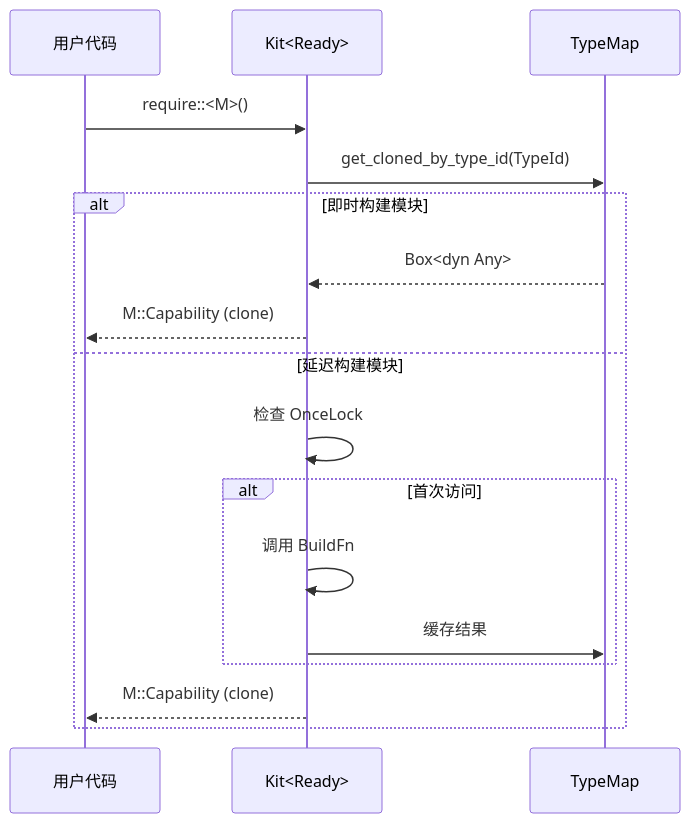
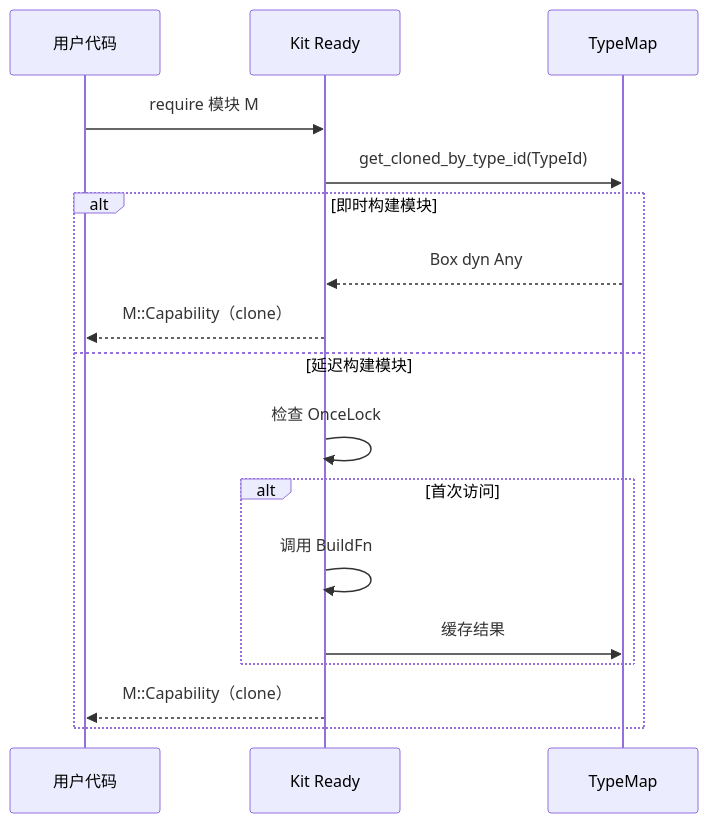
The sixth of 6 diagrams in docs/ARCHITECTURE.md (Kirky-X/trait-kit), drawn with Mermaid before and after one commit. The commit also changed other lines of this file and 7 other files, not shown here.

Commit message:
docs(trait-kit): docs 文档套件统一优化 — emoji 化 h2 与折叠目录、文档间交叉链接网络、架构/数据流 mermaid 图、结构化内容表格化、清除内部任务追踪引用；失真内容对照 src/ 源码修正，基准数字与安全承诺口径原样保留

````diff
--- a/docs/ARCHITECTURE.md
+++ b/docs/ARCHITECTURE.md
@@ -207,21 +209,21 @@
 ```mermaid
 sequenceDiagram
     participant User as 用户代码
-    participant Kit as Kit<Ready>
+    participant Kit as Kit Ready
     participant TypeMap as TypeMap
 
-    User->>Kit: require::<M>()
+    User->>Kit: require 模块 M
     Kit->>TypeMap: get_cloned_by_type_id(TypeId)
 
     alt 即时构建模块
-        TypeMap-->>Kit: Box<dyn Any>
-        Kit-->>User: M::Capability (clone)
+        TypeMap-->>Kit: Box dyn Any
+        Kit-->>User: M::Capability（clone）
     else 延迟构建模块
         Kit->>Kit: 检查 OnceLock
         alt 首次访问
             Kit->>Kit: 调用 BuildFn
             Kit->>TypeMap: 缓存结果
         end
-        Kit-->>User: M::Capability (clone)
+        Kit-->>User: M::Capability（clone）
     end
 ```
````
